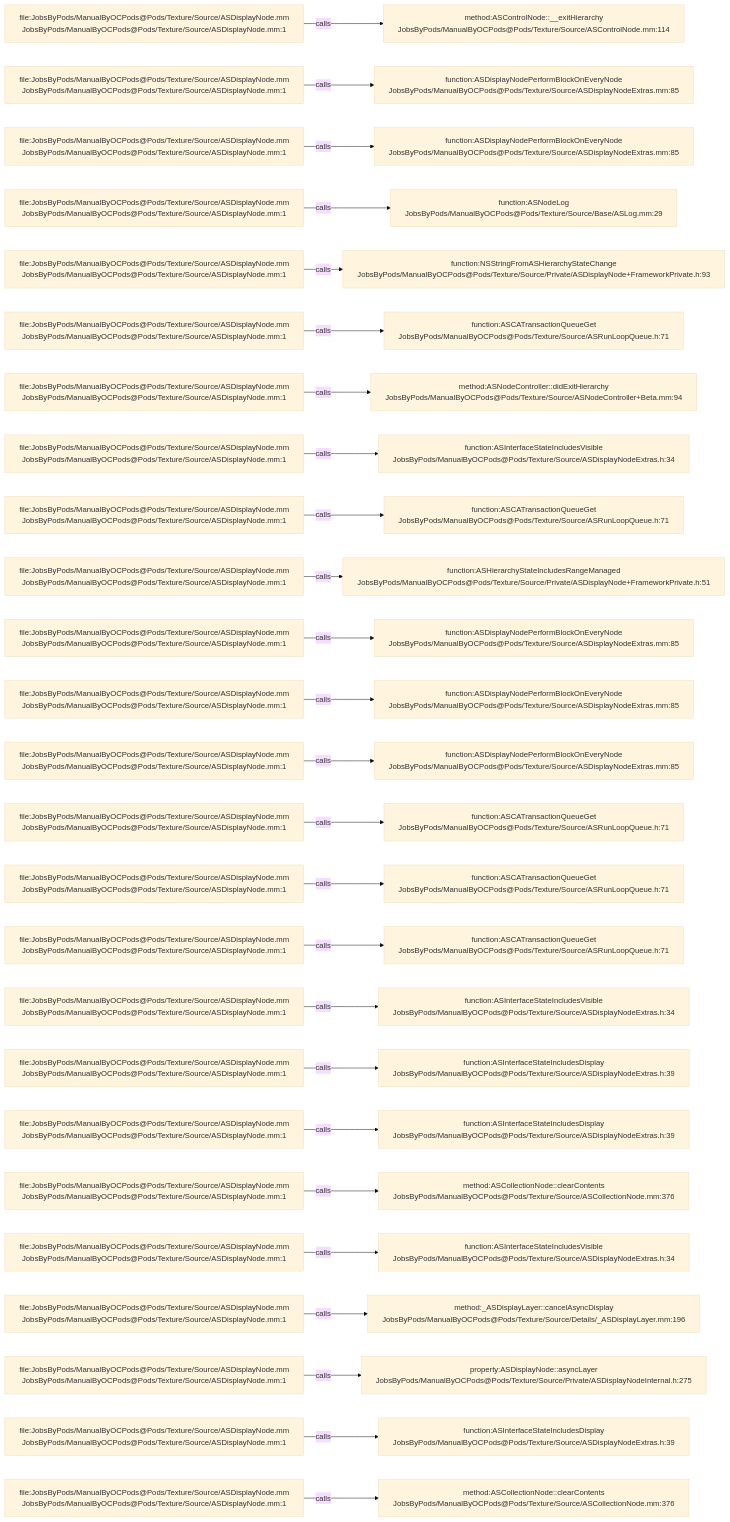
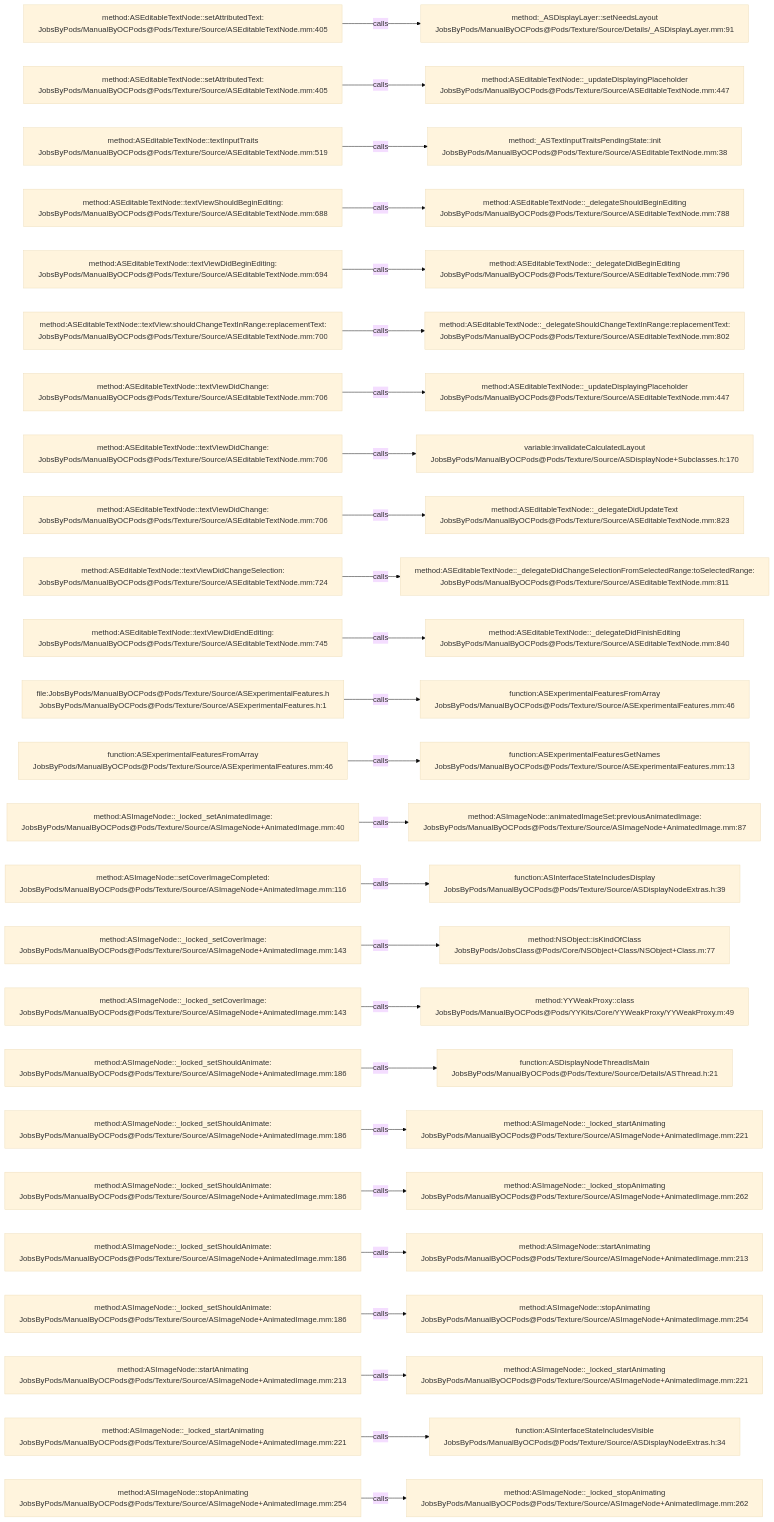
Before and after one commit to JobsKits/JobsOCBaseConfigDemo: the diagram in .codegraph/codegraph.md/graphs/calls-100.md, drawn with Mermaid (base theme). The commit also changed 1448 other files, not shown here.

````diff
--- a/.codegraph/codegraph.md/graphs/calls-100.md
+++ b/.codegraph/codegraph.md/graphs/calls-100.md
@@ -13,78 +13,78 @@
 ```mermaid
 flowchart LR
-  S1["file:JobsByPods/ManualByOCPods@Pods/Texture/Source/ASDisplayNode.mm<br/>JobsByPods/ManualByOCPods@Pods/Texture/Source/ASDisplayNode.mm:1"]
-  T1["method:ASControlNode::__exitHierarchy<br/>JobsByPods/ManualByOCPods@Pods/Texture/Source/ASControlNode.mm:114"]
+  S1["method:ASEditableTextNode::setAttributedText:<br/>JobsByPods/ManualByOCPods@Pods/Texture/Source/ASEditableTextNode.mm:405"]
+  T1["method:_ASDisplayLayer::setNeedsLayout<br/>JobsByPods/ManualByOCPods@Pods/Texture/Source/Details/_ASDisplayLayer.mm:91"]
   S1 -->|calls| T1
-  S2["file:JobsByPods/ManualByOCPods@Pods/Texture/Source/ASDisplayNode.mm<br/>JobsByPods/ManualByOCPods@Pods/Texture/Source/ASDisplayNode.mm:1"]
-  T2["function:ASDisplayNodePerformBlockOnEveryNode<br/>JobsByPods/ManualByOCPods@Pods/Texture/Source/ASDisplayNodeExtras.mm:85"]
+  S2["method:ASEditableTextNode::setAttributedText:<br/>JobsByPods/ManualByOCPods@Pods/Texture/Source/ASEditableTextNode.mm:405"]
+  T2["method:ASEditableTextNode::_updateDisplayingPlaceholder<br/>JobsByPods/ManualByOCPods@Pods/Texture/Source/ASEditableTextNode.mm:447"]
   S2 -->|calls| T2
-  S3["file:JobsByPods/ManualByOCPods@Pods/Texture/Source/ASDisplayNode.mm<br/>JobsByPods/ManualByOCPods@Pods/Texture/Source/ASDisplayNode.mm:1"]
-  T3["function:ASDisplayNodePerformBlockOnEveryNode<br/>JobsByPods/ManualByOCPods@Pods/Texture/Source/ASDisplayNodeExtras.mm:85"]
+  S3["method:ASEditableTextNode::textInputTraits<br/>JobsByPods/ManualByOCPods@Pods/Texture/Source/ASEditableTextNode.mm:519"]
+  T3["method:_ASTextInputTraitsPendingState::init<br/>JobsByPods/ManualByOCPods@Pods/Texture/Source/ASEditableTextNode.mm:38"]
   S3 -->|calls| T3
-  S4["file:JobsByPods/ManualByOCPods@Pods/Texture/Source/ASDisplayNode.mm<br/>JobsByPods/ManualByOCPods@Pods/Texture/Source/ASDisplayNode.mm:1"]
-  T4["function:ASNodeLog<br/>JobsByPods/ManualByOCPods@Pods/Texture/Source/Base/ASLog.mm:29"]
+  S4["method:ASEditableTextNode::textViewShouldBeginEditing:<br/>JobsByPods/ManualByOCPods@Pods/Texture/Source/ASEditableTextNode.mm:688"]
+  T4["method:ASEditableTextNode::_delegateShouldBeginEditing<br/>JobsByPods/ManualByOCPods@Pods/Texture/Source/ASEditableTextNode.mm:788"]
   S4 -->|calls| T4
-  S5["file:JobsByPods/ManualByOCPods@Pods/Texture/Source/ASDisplayNode.mm<br/>JobsByPods/ManualByOCPods@Pods/Texture/Source/ASDisplayNode.mm:1"]
-  T5["function:NSStringFromASHierarchyStateChange<br/>JobsByPods/ManualByOCPods@Pods/Texture/Source/Private/ASDisplayNode+FrameworkPrivate.h:93"]
+  S5["method:ASEditableTextNode::textViewDidBeginEditing:<br/>JobsByPods/ManualByOCPods@Pods/Texture/Source/ASEditableTextNode.mm:694"]
+  T5["method:ASEditableTextNode::_delegateDidBeginEditing<br/>JobsByPods/ManualByOCPods@Pods/Texture/Source/ASEditableTextNode.mm:796"]
   S5 -->|calls| T5
-  S6["file:JobsByPods/ManualByOCPods@Pods/Texture/Source/ASDisplayNode.mm<br/>JobsByPods/ManualByOCPods@Pods/Texture/Source/ASDisplayNode.mm:1"]
-  T6["function:ASCATransactionQueueGet<br/>JobsByPods/ManualByOCPods@Pods/Texture/Source/ASRunLoopQueue.h:71"]
+  S6["method:ASEditableTextNode::textView:shouldChangeTextInRange:replacementText:<br/>JobsByPods/ManualByOCPods@Pods/Texture/Source/ASEditableTextNode.mm:700"]
+  T6["method:ASEditableTextNode::_delegateShouldChangeTextInRange:replacementText:<br/>JobsByPods/ManualByOCPods@Pods/Texture/Source/ASEditableTextNode.mm:802"]
   S6 -->|calls| T6
-  S7["file:JobsByPods/ManualByOCPods@Pods/Texture/Source/ASDisplayNode.mm<br/>JobsByPods/ManualByOCPods@Pods/Texture/Source/ASDisplayNode.mm:1"]
-  T7["method:ASNodeController::didExitHierarchy<br/>JobsByPods/ManualByOCPods@Pods/Texture/Source/ASNodeController+Beta.mm:94"]
+  S7["method:ASEditableTextNode::textViewDidChange:<br/>JobsByPods/ManualByOCPods@Pods/Texture/Source/ASEditableTextNode.mm:706"]
+  T7["method:ASEditableTextNode::_updateDisplayingPlaceholder<br/>JobsByPods/ManualByOCPods@Pods/Texture/Source/ASEditableTextNode.mm:447"]
   S7 -->|calls| T7
-  S8["file:JobsByPods/ManualByOCPods@Pods/Texture/Source/ASDisplayNode.mm<br/>JobsByPods/ManualByOCPods@Pods/Texture/Source/ASDisplayNode.mm:1"]
-  T8["function:ASInterfaceStateIncludesVisible<br/>JobsByPods/ManualByOCPods@Pods/Texture/Source/ASDisplayNodeExtras.h:34"]
+  S8["method:ASEditableTextNode::textViewDidChange:<br/>JobsByPods/ManualByOCPods@Pods/Texture/Source/ASEditableTextNode.mm:706"]
+  T8["variable:invalidateCalculatedLayout<br/>JobsByPods/ManualByOCPods@Pods/Texture/Source/ASDisplayNode+Subclasses.h:170"]
   S8 -->|calls| T8
-  S9["file:JobsByPods/ManualByOCPods@Pods/Texture/Source/ASDisplayNode.mm<br/>JobsByPods/ManualByOCPods@Pods/Texture/Source/ASDisplayNode.mm:1"]
-  T9["function:ASCATransactionQueueGet<br/>JobsByPods/ManualByOCPods@Pods/Texture/Source/ASRunLoopQueue.h:71"]
+  S9["method:ASEditableTextNode::textViewDidChange:<br/>JobsByPods/ManualByOCPods@Pods/Texture/Source/ASEditableTextNode.mm:706"]
+  T9["method:ASEditableTextNode::_delegateDidUpdateText<br/>JobsByPods/ManualByOCPods@Pods/Texture/Source/ASEditableTextNode.mm:823"]
   S9 -->|calls| T9
-  S10["file:JobsByPods/ManualByOCPods@Pods/Texture/Source/ASDisplayNode.mm<br/>JobsByPods/ManualByOCPods@Pods/Texture/Source/ASDisplayNode.mm:1"]
-  T10["function:ASHierarchyStateIncludesRangeManaged<br/>JobsByPods/ManualByOCPods@Pods/Texture/Source/Private/ASDisplayNode+FrameworkPrivate.h:51"]
+  S10["method:ASEditableTextNode::textViewDidChangeSelection:<br/>JobsByPods/ManualByOCPods@Pods/Texture/Source/ASEditableTextNode.mm:724"]
+  T10["method:ASEditableTextNode::_delegateDidChangeSelectionFromSelectedRange:toSelectedRange:<br/>JobsByPods/ManualByOCPods@Pods/Texture/Source/ASEditableTextNode.mm:811"]
   S10 -->|calls| T10
-  S11["file:JobsByPods/ManualByOCPods@Pods/Texture/Source/ASDisplayNode.mm<br/>JobsByPods/ManualByOCPods@Pods/Texture/Source/ASDisplayNode.mm:1"]
-  T11["function:ASDisplayNodePerformBlockOnEveryNode<br/>JobsByPods/ManualByOCPods@Pods/Texture/Source/ASDisplayNodeExtras.mm:85"]
+  S11["method:ASEditableTextNode::textViewDidEndEditing:<br/>JobsByPods/ManualByOCPods@Pods/Texture/Source/ASEditableTextNode.mm:745"]
+  T11["method:ASEditableTextNode::_delegateDidFinishEditing<br/>JobsByPods/ManualByOCPods@Pods/Texture/Source/ASEditableTextNode.mm:840"]
   S11 -->|calls| T11
-  S12["file:JobsByPods/ManualByOCPods@Pods/Texture/Source/ASDisplayNode.mm<br/>JobsByPods/ManualByOCPods@Pods/Texture/Source/ASDisplayNode.mm:1"]
-  T12["function:ASDisplayNodePerformBlockOnEveryNode<br/>JobsByPods/ManualByOCPods@Pods/Texture/Source/ASDisplayNodeExtras.mm:85"]
+  S12["file:JobsByPods/ManualByOCPods@Pods/Texture/Source/ASExperimentalFeatures.h<br/>JobsByPods/ManualByOCPods@Pods/Texture/Source/ASExperimentalFeatures.h:1"]
+  T12["function:ASExperimentalFeaturesFromArray<br/>JobsByPods/ManualByOCPods@Pods/Texture/Source/ASExperimentalFeatures.mm:46"]
   S12 -->|calls| T12
-  S13["file:JobsByPods/ManualByOCPods@Pods/Texture/Source/ASDisplayNode.mm<br/>JobsByPods/ManualByOCPods@Pods/Texture/Source/ASDisplayNode.mm:1"]
-  T13["function:ASDisplayNodePerformBlockOnEveryNode<br/>JobsByPods/ManualByOCPods@Pods/Texture/Source/ASDisplayNodeExtras.mm:85"]
+  S13["function:ASExperimentalFeaturesFromArray<br/>JobsByPods/ManualByOCPods@Pods/Texture/Source/ASExperimentalFeatures.mm:46"]
+  T13["function:ASExperimentalFeaturesGetNames<br/>JobsByPods/ManualByOCPods@Pods/Texture/Source/ASExperimentalFeatures.mm:13"]
   S13 -->|calls| T13
-  S14["file:JobsByPods/ManualByOCPods@Pods/Texture/Source/ASDisplayNode.mm<br/>JobsByPods/ManualByOCPods@Pods/Texture/Source/ASDisplayNode.mm:1"]
-  T14["function:ASCATransactionQueueGet<br/>JobsByPods/ManualByOCPods@Pods/Texture/Source/ASRunLoopQueue.h:71"]
+  S14["method:ASImageNode::_locked_setAnimatedImage:<br/>JobsByPods/ManualByOCPods@Pods/Texture/Source/ASImageNode+AnimatedImage.mm:40"]
+  T14["method:ASImageNode::animatedImageSet:previousAnimatedImage:<br/>JobsByPods/ManualByOCPods@Pods/Texture/Source/ASImageNode+AnimatedImage.mm:87"]
   S14 -->|calls| T14
-  S15["file:JobsByPods/ManualByOCPods@Pods/Texture/Source/ASDisplayNode.mm<br/>JobsByPods/ManualByOCPods@Pods/Texture/Source/ASDisplayNode.mm:1"]
-  T15["function:ASCATransactionQueueGet<br/>JobsByPods/ManualByOCPods@Pods/Texture/Source/ASRunLoopQueue.h:71"]
+  S15["method:ASImageNode::setCoverImageCompleted:<br/>JobsByPods/ManualByOCPods@Pods/Texture/Source/ASImageNode+AnimatedImage.mm:116"]
+  T15["function:ASInterfaceStateIncludesDisplay<br/>JobsByPods/ManualByOCPods@Pods/Texture/Source/ASDisplayNodeExtras.h:39"]
   S15 -->|calls| T15
-  S16["file:JobsByPods/ManualByOCPods@Pods/Texture/Source/ASDisplayNode.mm<br/>JobsByPods/ManualByOCPods@Pods/Texture/Source/ASDisplayNode.mm:1"]
-  T16["function:ASCATransactionQueueGet<br/>JobsByPods/ManualByOCPods@Pods/Texture/Source/ASRunLoopQueue.h:71"]
+  S16["method:ASImageNode::_locked_setCoverImage:<br/>JobsByPods/ManualByOCPods@Pods/Texture/Source/ASImageNode+AnimatedImage.mm:143"]
+  T16["method:NSObject::isKindOfClass<br/>JobsByPods/JobsClass@Pods/Core/NSObject+Class/NSObject+Class.m:77"]
   S16 -->|calls| T16
-  S17["file:JobsByPods/ManualByOCPods@Pods/Texture/Source/ASDisplayNode.mm<br/>JobsByPods/ManualByOCPods@Pods/Texture/Source/ASDisplayNode.mm:1"]
-  T17["function:ASInterfaceStateIncludesVisible<br/>JobsByPods/ManualByOCPods@Pods/Texture/Source/ASDisplayNodeExtras.h:34"]
+  S17["method:ASImageNode::_locked_setCoverImage:<br/>JobsByPods/ManualByOCPods@Pods/Texture/Source/ASImageNode+AnimatedImage.mm:143"]
+  T17["method:YYWeakProxy::class<br/>JobsByPods/ManualByOCPods@Pods/YYKits/Core/YYWeakProxy/YYWeakProxy.m:49"]
   S17 -->|calls| T17
-  S18["file:JobsByPods/ManualByOCPods@Pods/Texture/Source/ASDisplayNode.mm<br/>JobsByPods/ManualByOCPods@Pods/Texture/Source/ASDisplayNode.mm:1"]
-  T18["function:ASInterfaceStateIncludesDisplay<br/>JobsByPods/ManualByOCPods@Pods/Texture/Source/ASDisplayNodeExtras.h:39"]
+  S18["method:ASImageNode::_locked_setShouldAnimate:<br/>JobsByPods/ManualByOCPods@Pods/Texture/Source/ASImageNode+AnimatedImage.mm:186"]
+  T18["function:ASDisplayNodeThreadIsMain<br/>JobsByPods/ManualByOCPods@Pods/Texture/Source/Details/ASThread.h:21"]
   S18 -->|calls| T18
-  S19["file:JobsByPods/ManualByOCPods@Pods/Texture/Source/ASDisplayNode.mm<br/>JobsByPods/ManualByOCPods@Pods/Texture/Source/ASDisplayNode.mm:1"]
-  T19["function:ASInterfaceStateIncludesDisplay<br/>JobsByPods/ManualByOCPods@Pods/Texture/Source/ASDisplayNodeExtras.h:39"]
+  S19["method:ASImageNode::_locked_setShouldAnimate:<br/>JobsByPods/ManualByOCPods@Pods/Texture/Source/ASImageNode+AnimatedImage.mm:186"]
+  T19["method:ASImageNode::_locked_startAnimating<br/>JobsByPods/ManualByOCPods@Pods/Texture/Source/ASImageNode+AnimatedImage.mm:221"]
   S19 -->|calls| T19
-  S20["file:JobsByPods/ManualByOCPods@Pods/Texture/Source/ASDisplayNode.mm<br/>JobsByPods/ManualByOCPods@Pods/Texture/Source/ASDisplayNode.mm:1"]
-  T20["method:ASCollectionNode::clearContents<br/>JobsByPods/ManualByOCPods@Pods/Texture/Source/ASCollectionNode.mm:376"]
+  S20["method:ASImageNode::_locked_setShouldAnimate:<br/>JobsByPods/ManualByOCPods@Pods/Texture/Source/ASImageNode+AnimatedImage.mm:186"]
+  T20["method:ASImageNode::_locked_stopAnimating<br/>JobsByPods/ManualByOCPods@Pods/Texture/Source/ASImageNode+AnimatedImage.mm:262"]
   S20 -->|calls| T20
-  S21["file:JobsByPods/ManualByOCPods@Pods/Texture/Source/ASDisplayNode.mm<br/>JobsByPods/ManualByOCPods@Pods/Texture/Source/ASDisplayNode.mm:1"]
-  T21["function:ASInterfaceStateIncludesVisible<br/>JobsByPods/ManualByOCPods@Pods/Texture/Source/ASDisplayNodeExtras.h:34"]
+  S21["method:ASImageNode::_locked_setShouldAnimate:<br/>JobsByPods/ManualByOCPods@Pods/Texture/Source/ASImageNode+AnimatedImage.mm:186"]
+  T21["method:ASImageNode::startAnimating<br/>JobsByPods/ManualByOCPods@Pods/Texture/Source/ASImageNode+AnimatedImage.mm:213"]
   S21 -->|calls| T21
-  S22["file:JobsByPods/ManualByOCPods@Pods/Texture/Source/ASDisplayNode.mm<br/>JobsByPods/ManualByOCPods@Pods/Texture/Source/ASDisplayNode.mm:1"]
-  T22["method:_ASDisplayLayer::cancelAsyncDisplay<br/>JobsByPods/ManualByOCPods@Pods/Texture/Source/Details/_ASDisplayLayer.mm:196"]
+  S22["method:ASImageNode::_locked_setShouldAnimate:<br/>JobsByPods/ManualByOCPods@Pods/Texture/Source/ASImageNode+AnimatedImage.mm:186"]
+  T22["method:ASImageNode::stopAnimating<br/>JobsByPods/ManualByOCPods@Pods/Texture/Source/ASImageNode+AnimatedImage.mm:254"]
   S22 -->|calls| T22
-  S23["file:JobsByPods/ManualByOCPods@Pods/Texture/Source/ASDisplayNode.mm<br/>JobsByPods/ManualByOCPods@Pods/Texture/Source/ASDisplayNode.mm:1"]
-  T23["property:ASDisplayNode::asyncLayer<br/>JobsByPods/ManualByOCPods@Pods/Texture/Source/Private/ASDisplayNodeInternal.h:275"]
+  S23["method:ASImageNode::startAnimating<br/>JobsByPods/ManualByOCPods@Pods/Texture/Source/ASImageNode+AnimatedImage.mm:213"]
+  T23["method:ASImageNode::_locked_startAnimating<br/>JobsByPods/ManualByOCPods@Pods/Texture/Source/ASImageNode+AnimatedImage.mm:221"]
   S23 -->|calls| T23
-  S24["file:JobsByPods/ManualByOCPods@Pods/Texture/Source/ASDisplayNode.mm<br/>JobsByPods/ManualByOCPods@Pods/Texture/Source/ASDisplayNode.mm:1"]
-  T24["function:ASInterfaceStateIncludesDisplay<br/>JobsByPods/ManualByOCPods@Pods/Texture/Source/ASDisplayNodeExtras.h:39"]
+  S24["method:ASImageNode::_locked_startAnimating<br/>JobsByPods/ManualByOCPods@Pods/Texture/Source/ASImageNode+AnimatedImage.mm:221"]
+  T24["function:ASInterfaceStateIncludesVisible<br/>JobsByPods/ManualByOCPods@Pods/Texture/Source/ASDisplayNodeExtras.h:34"]
   S24 -->|calls| T24
-  S25["file:JobsByPods/ManualByOCPods@Pods/Texture/Source/ASDisplayNode.mm<br/>JobsByPods/ManualByOCPods@Pods/Texture/Source/ASDisplayNode.mm:1"]
-  T25["method:ASCollectionNode::clearContents<br/>JobsByPods/ManualByOCPods@Pods/Texture/Source/ASCollectionNode.mm:376"]
+  S25["method:ASImageNode::stopAnimating<br/>JobsByPods/ManualByOCPods@Pods/Texture/Source/ASImageNode+AnimatedImage.mm:254"]
+  T25["method:ASImageNode::_locked_stopAnimating<br/>JobsByPods/ManualByOCPods@Pods/Texture/Source/ASImageNode+AnimatedImage.mm:262"]
   S25 -->|calls| T25
 ```
````
